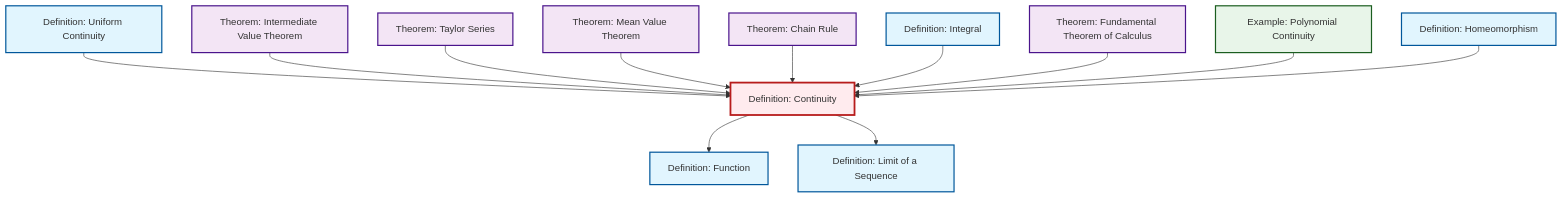
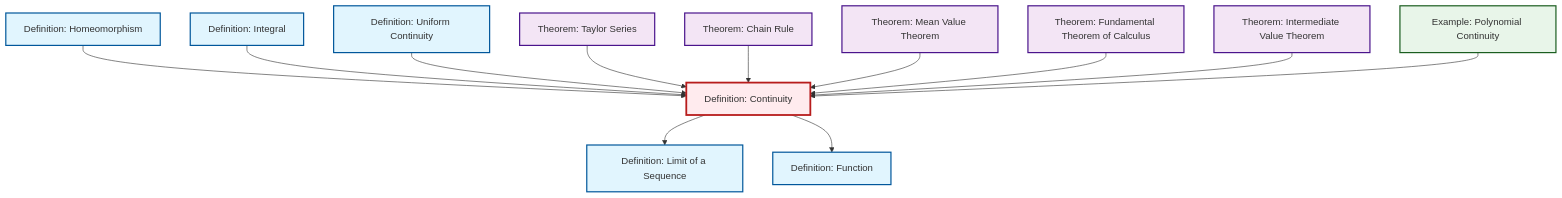
The diagram in content/ja/analysis/def-continuity.qmd (RK0429/ModernMath), drawn with Mermaid before and after one commit. The commit also changed other lines of this file and 581 other files, not shown here.

First line of the commit message:
feat: Add epimorphism definition and complete integral domain translations

````diff
--- a/content/ja/analysis/def-continuity.qmd
+++ b/content/ja/analysis/def-continuity.qmd
@@ -59,44 +59,44 @@
 ```{mermaid}
 %%| fig-cap: "Local dependency graph"
 graph TD
     classDef definition fill:#e1f5fe,stroke:#01579b,stroke-width:2px
     classDef theorem fill:#f3e5f5,stroke:#4a148c,stroke-width:2px
     classDef axiom fill:#fff3e0,stroke:#e65100,stroke-width:2px
     classDef example fill:#e8f5e9,stroke:#1b5e20,stroke-width:2px
     classDef current fill:#ffebee,stroke:#b71c1c,stroke-width:3px
+    thm-taylor-series["Theorem: Taylor Series"]:::theorem
+    def-function["Definition: Function"]:::definition
+    def-integral["Definition: Integral"]:::definition
+    def-uniform-continuity["Definition: Uniform Continuity"]:::definition
+    ex-polynomial-continuity["Example: Polynomial Continuity"]:::example
+    thm-intermediate-value["Theorem: Intermediate Value Theorem"]:::theorem
+    thm-chain-rule["Theorem: Chain Rule"]:::theorem
+    def-homeomorphism["Definition: Homeomorphism"]:::definition
+    def-limit["Definition: Limit of a Sequence"]:::definition
+    thm-mean-value["Theorem: Mean Value Theorem"]:::theorem
+    thm-fundamental-calculus["Theorem: Fundamental Theorem of Calculus"]:::theorem
     def-continuity["Definition: Continuity"]:::definition
-    thm-fundamental-calculus["Theorem: Fundamental Theorem of Calculus"]:::theorem
-    thm-chain-rule["Theorem: Chain Rule"]:::theorem
-    thm-intermediate-value["Theorem: Intermediate Value Theorem"]:::theorem
-    def-homeomorphism["Definition: Homeomorphism"]:::definition
-    def-function["Definition: Function"]:::definition
-    ex-polynomial-continuity["Example: Polynomial Continuity"]:::example
-    thm-taylor-series["Theorem: Taylor Series"]:::theorem
-    def-limit["Definition: Limit of a Sequence"]:::definition
-    def-integral["Definition: Integral"]:::definition
-    thm-mean-value["Theorem: Mean Value Theorem"]:::theorem
-    def-uniform-continuity["Definition: Uniform Continuity"]:::definition
+    def-homeomorphism --> def-continuity
+    def-continuity --> def-limit
+    def-integral --> def-continuity
     def-uniform-continuity --> def-continuity
+    thm-taylor-series --> def-continuity
+    thm-chain-rule --> def-continuity
+    def-continuity --> def-function
+    thm-mean-value --> def-continuity
+    thm-fundamental-calculus --> def-continuity
     thm-intermediate-value --> def-continuity
-    def-continuity --> def-function
-    def-continuity --> def-limit
-    thm-taylor-series --> def-continuity
-    thm-mean-value --> def-continuity
-    thm-chain-rule --> def-continuity
-    def-integral --> def-continuity
-    thm-fundamental-calculus --> def-continuity
     ex-polynomial-continuity --> def-continuity
-    def-homeomorphism --> def-continuity
     class def-continuity current
+    click thm-taylor-series "thm-taylor-series.html" "Theorem: Taylor Seriesへ"
+    click def-function "def-function.html" "Definition: Functionへ"
+    click def-integral "def-integral.html" "Definition: Integralへ"
+    click def-uniform-continuity "def-uniform-continuity.html" "Definition: Uniform Continuityへ"
+    click ex-polynomial-continuity "ex-polynomial-continuity.html" "Example: Polynomial Continuityへ"
+    click thm-intermediate-value "thm-intermediate-value.html" "Theorem: Intermediate Value Theoremへ"
+    click thm-chain-rule "thm-chain-rule.html" "Theorem: Chain Ruleへ"
+    click def-homeomorphism "def-homeomorphism.html" "Definition: Homeomorphismへ"
+    click def-limit "def-limit.html" "Definition: Limit of a Sequenceへ"
+    click thm-mean-value "thm-mean-value.html" "Theorem: Mean Value Theoremへ"
     click thm-fundamental-calculus "thm-fundamental-calculus.html" "Theorem: Fundamental Theorem of Calculusへ"
-    click thm-chain-rule "thm-chain-rule.html" "Theorem: Chain Ruleへ"
-    click thm-intermediate-value "thm-intermediate-value.html" "Theorem: Intermediate Value Theoremへ"
-    click def-homeomorphism "def-homeomorphism.html" "Definition: Homeomorphismへ"
-    click def-function "def-function.html" "Definition: Functionへ"
-    click ex-polynomial-continuity "ex-polynomial-continuity.html" "Example: Polynomial Continuityへ"
-    click thm-taylor-series "thm-taylor-series.html" "Theorem: Taylor Seriesへ"
-    click def-limit "def-limit.html" "Definition: Limit of a Sequenceへ"
-    click def-integral "def-integral.html" "Definition: Integralへ"
-    click thm-mean-value "thm-mean-value.html" "Theorem: Mean Value Theoremへ"
-    click def-uniform-continuity "def-uniform-continuity.html" "Definition: Uniform Continuityへ"
 ```
````
